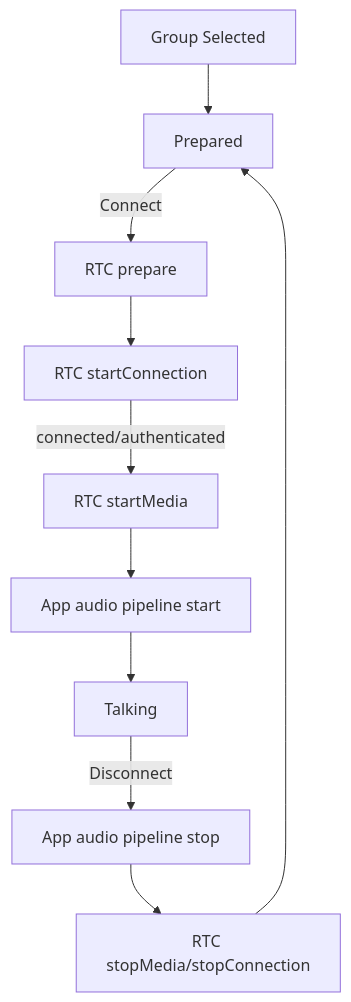
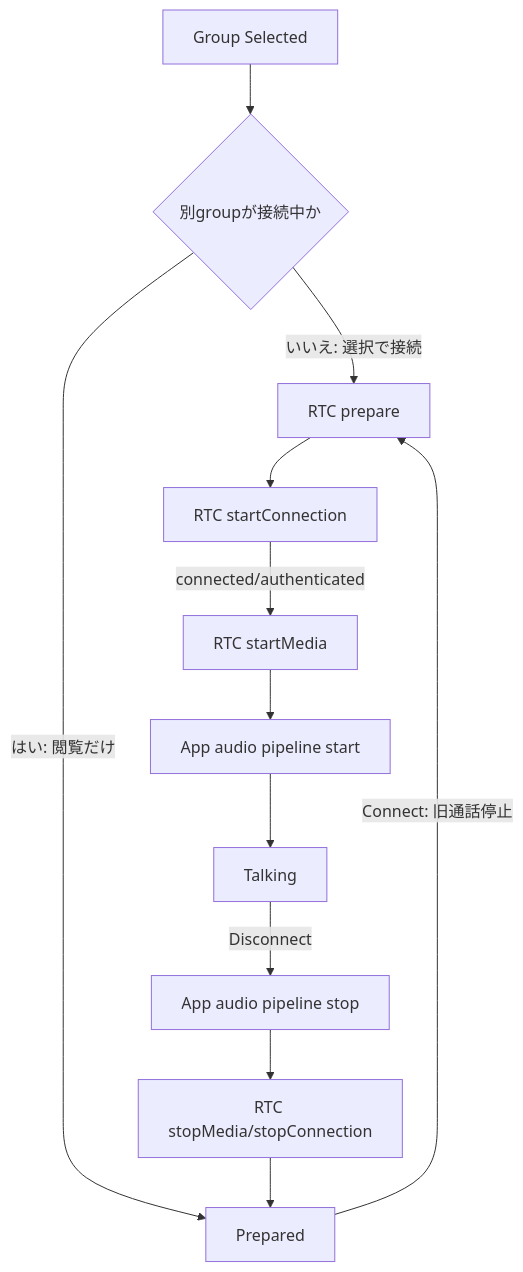
One commit to eroccowaruico/RideIntercom changed the second of 6 diagrams in docs/spec/App/UI/画面・状態遷移.md. Above: the diagram before and after it, drawn with Mermaid. The commit also changed other lines of this file and 70 other files, not shown here.

````diff
--- a/docs/spec/App/UI/画面・状態遷移.md
+++ b/docs/spec/App/UI/画面・状態遷移.md
@@ -29,12 +29,14 @@
 ```mermaid
 flowchart TD
-    A[Group Selected] --> B[Prepared]
-    B -->|Connect| C[RTC prepare]
+    A[Group Selected] --> X{別groupが接続中か}
+    X -->|いいえ: 選択で接続| C[RTC prepare]
+    X -->|はい: 閲覧だけ| B[Prepared]
+    B -->|Connect: 旧通話停止| C[RTC prepare]
     C --> D[RTC startConnection]
     D -->|connected/authenticated| E[RTC startMedia]
     E --> F[App audio pipeline start]
     F --> G[Talking]
     G -->|Disconnect| H[App audio pipeline stop]
     H --> I[RTC stopMedia/stopConnection]
     I --> B
 ```
````
